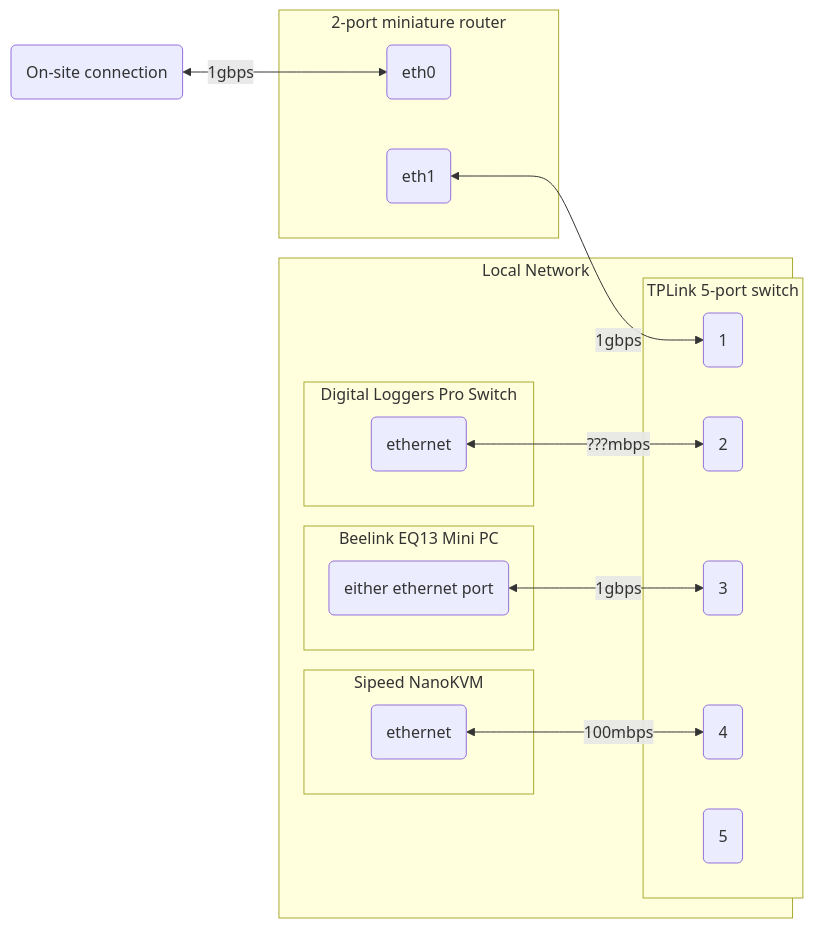
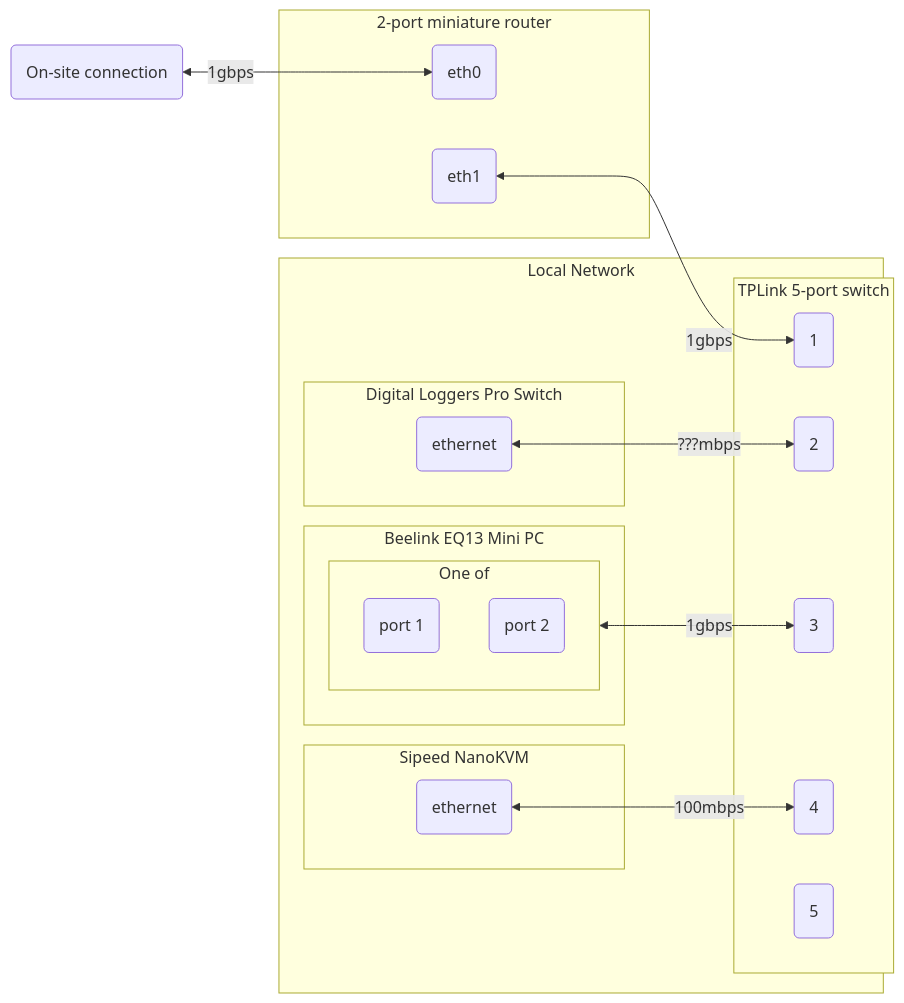
The diagram in src/diagrams/network.md (USA-RedDragon/mercury-remote-observatory), drawn with Mermaid before and after one commit. The commit also changed 4 other files, not shown here.

Commit message:
diagram: polish some more

````diff
--- a/src/diagrams/network.md
+++ b/src/diagrams/network.md
@@ -3,26 +3,30 @@
 ```mermaid
 graph LR;
     wan(On-site connection)<--1gbps-->router-eth0;
     subgraph local-network [Local Network]
         subgraph switch [TPLink 5-port switch]
             switch-1(1);
             switch-2(2);
             switch-3(3);
             switch-4(4);
             switch-5(5);
         end
         subgraph power-strip [Digital Loggers Pro Switch]
             power-strip-ethernet(ethernet)<--???mbps-->switch-2;
         end
         subgraph pc [Beelink EQ13 Mini PC]
-            beelink-ethernet(either ethernet port)<--1gbps-->switch-3;
+            subgraph pc-one-of [One of]
+                beelink-ethernet-1(port 1);
+                beelink-ethernet-2(port 2);
+            end
         end
+        pc-one-of<--1gbps-->switch-3
         subgraph kvm [Sipeed NanoKVM]
             nanokvm-ethernet(ethernet)<--100mbps-->switch-4;
         end
     end
     subgraph router [2-port miniature router]
         router-eth0(eth0);
         router-eth1(eth1)<--1gbps-->switch-1;
     end
 ```
````
